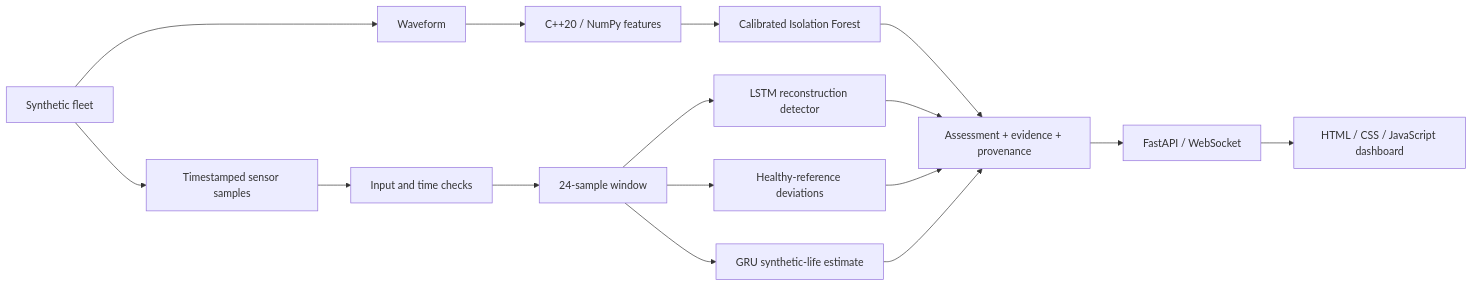
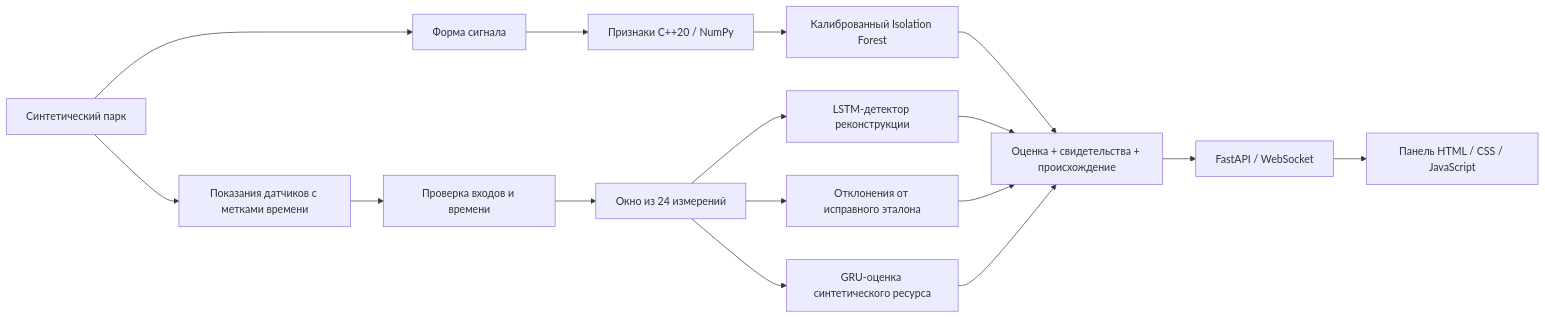
Before and after one commit to Anton-Sergeev-EA/ARGUS-NEURO: the diagram in README.md, drawn with Mermaid. The commit also changed other lines of this file and 11 other files, not shown here.

````diff
--- a/README.md
+++ b/README.md
@@ -22,15 +25,15 @@
 ```mermaid
 flowchart LR
-    SIM["Synthetic fleet"] --> WF["Waveform"]
-    SIM --> TEL["Timestamped sensor samples"]
-    WF --> FEAT["C++20 / NumPy features"] --> IF["Calibrated Isolation Forest"]
-    TEL --> QUALITY["Input and time checks"] --> WINDOW["24-sample window"]
-    WINDOW --> AE["LSTM reconstruction detector"]
-    WINDOW --> REF["Healthy-reference deviations"]
-    WINDOW --> RUL["GRU synthetic-life estimate"]
-    IF --> ENGINE["Assessment + evidence + provenance"]
+    SIM["Синтетический парк"] --> WF["Форма сигнала"]
+    SIM --> TEL["Показания датчиков с метками времени"]
+    WF --> FEAT["Признаки C++20 / NumPy"] --> IF["Калиброванный Isolation Forest"]
+    TEL --> QUALITY["Проверка входов и времени"] --> WINDOW["Окно из 24 измерений"]
+    WINDOW --> AE["LSTM-детектор реконструкции"]
+    WINDOW --> REF["Отклонения от исправного эталона"]
+    WINDOW --> RUL["GRU-оценка синтетического ресурса"]
+    IF --> ENGINE["Оценка + свидетельства + происхождение"]
     AE --> ENGINE
     REF --> ENGINE
     RUL --> ENGINE
-    ENGINE --> API["FastAPI / WebSocket"] --> UI["HTML / CSS / JavaScript dashboard"]
+    ENGINE --> API["FastAPI / WebSocket"] --> UI["Панель HTML / CSS / JavaScript"]
 ```
````
